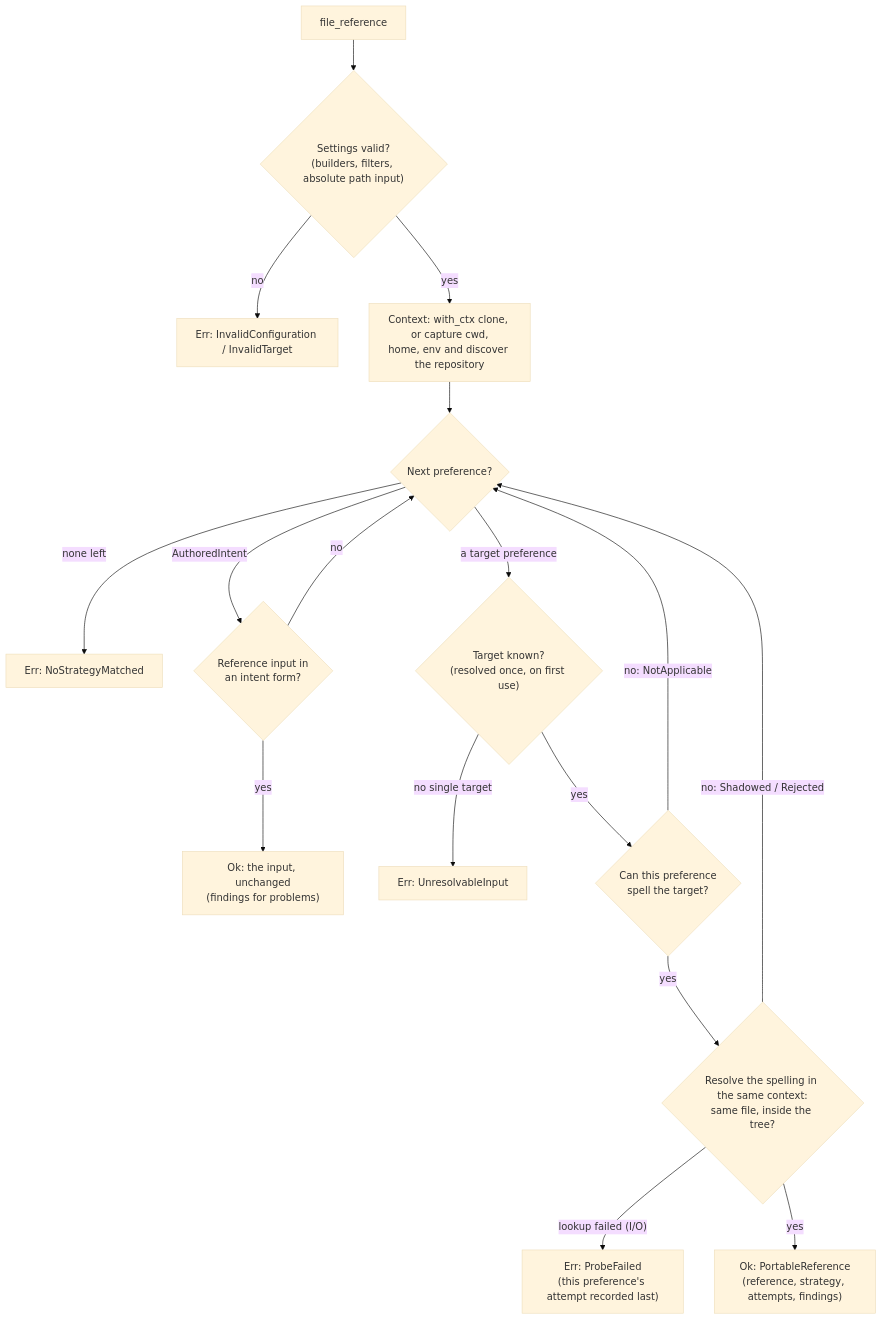
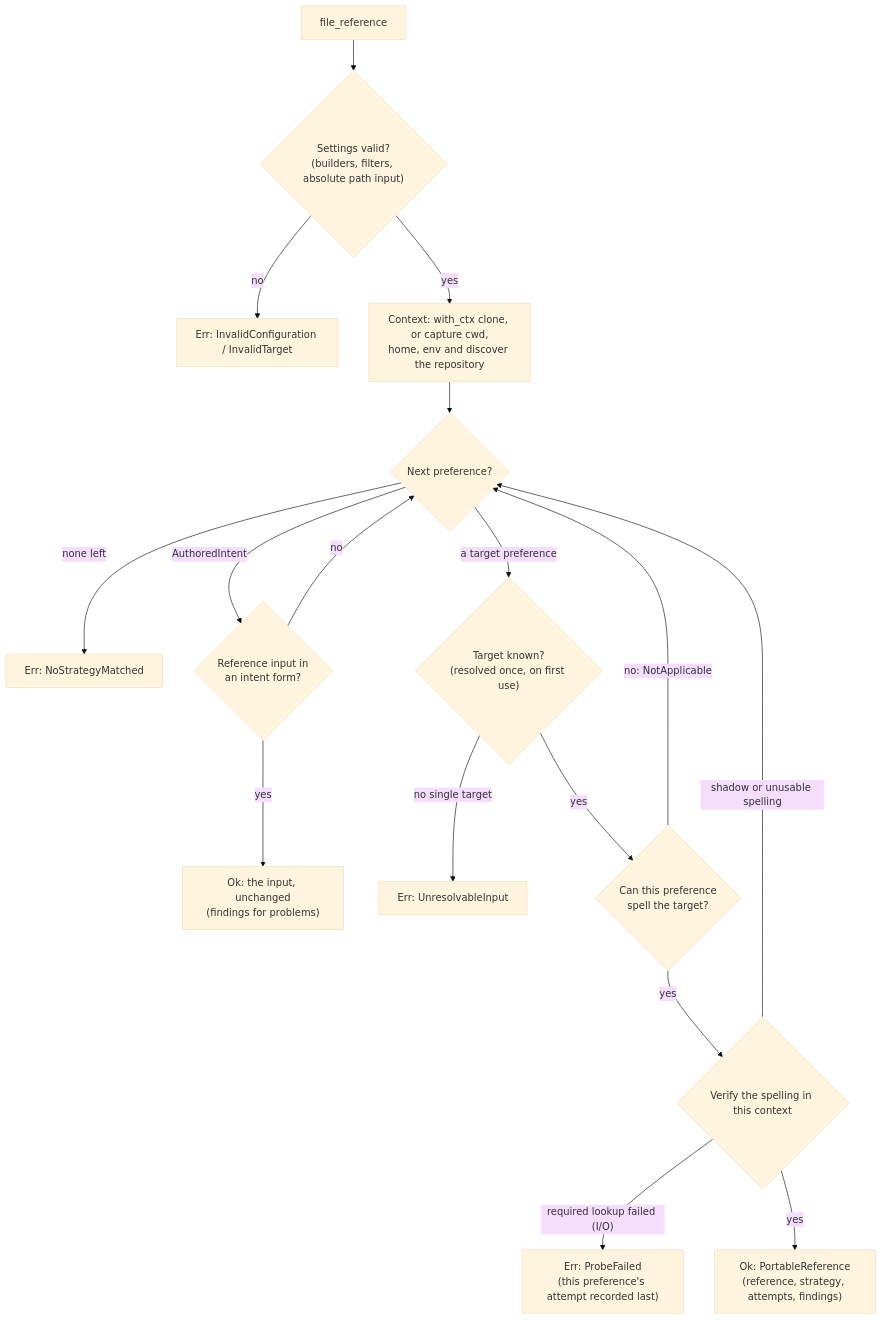
The seventh of 8 diagrams in biscuit-file/docs/topics/file-references.md (yankeeinlondon/rusty-biscuit), drawn with Mermaid (base theme) before and after one commit. The commit also changed other lines of this file and 269 other files, not shown here.

````diff
--- a/biscuit-file/docs/topics/file-references.md
+++ b/biscuit-file/docs/topics/file-references.md
@@ -1676,19 +1714,19 @@
 ```mermaid
 flowchart TD
     S[file_reference] --> C{"Settings valid?<br/>(builders, filters, absolute path input)"}
     C -- no --> IC[Err: InvalidConfiguration / InvalidTarget]
     C -- yes --> X["Context: with_ctx clone, or capture cwd,<br/>home, env and discover the repository"]
     X --> P{Next preference?}
     P -- none left --> N[Err: NoStrategyMatched]
     P -- AuthoredIntent --> I{"Reference input in<br/>an intent form?"}
     I -- yes --> K["Ok: the input, unchanged<br/>(findings for problems)"]
     I -- no --> P
     P -- a target preference --> T{"Target known?<br/>(resolved once, on first use)"}
     T -- "no single target" --> U[Err: UnresolvableInput]
     T -- yes --> G{"Can this preference<br/>spell the target?"}
     G -- "no: NotApplicable" --> P
-    G -- yes --> V{"Resolve the spelling in the same context:<br/>same file, inside the tree?"}
-    V -- "no: Shadowed / Rejected" --> P
-    V -- "lookup failed (I/O)" --> F["Err: ProbeFailed<br/>(this preference's attempt recorded last)"]
+    G -- yes --> V{"Verify the spelling in this context"}
+    V -- "shadow or unusable spelling" --> P
+    V -- "required lookup failed (I/O)" --> F["Err: ProbeFailed<br/>(this preference's attempt recorded last)"]
     V -- yes --> M["Ok: PortableReference<br/>(reference, strategy, attempts, findings)"]
 ```
````
